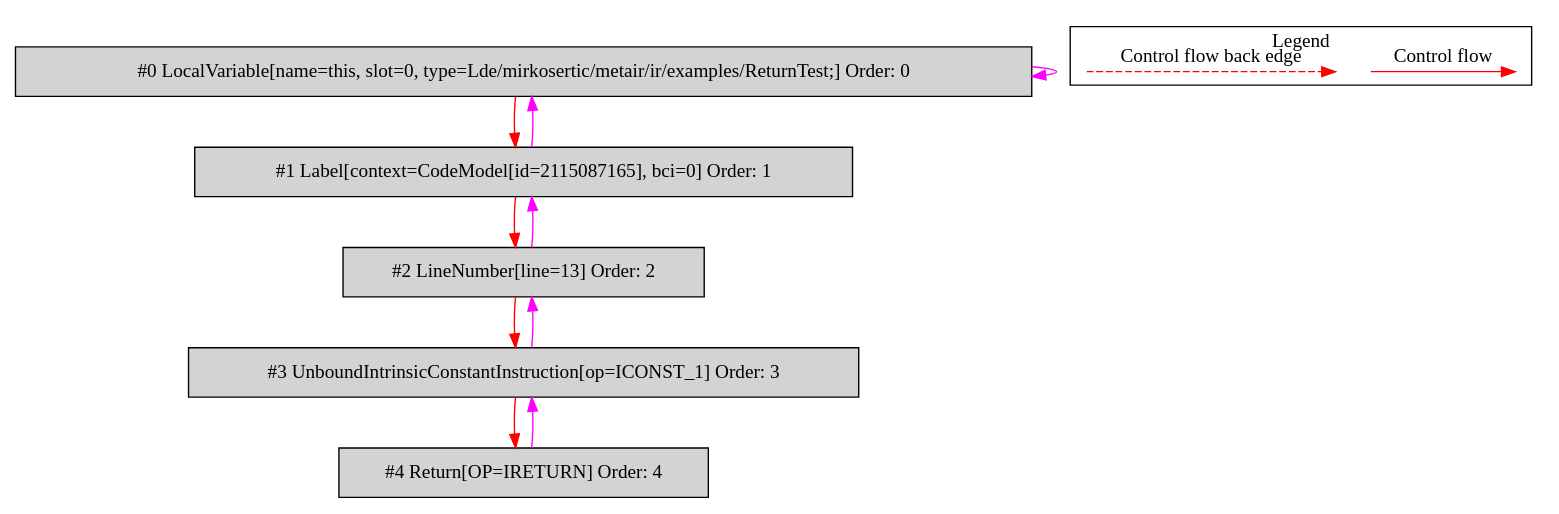
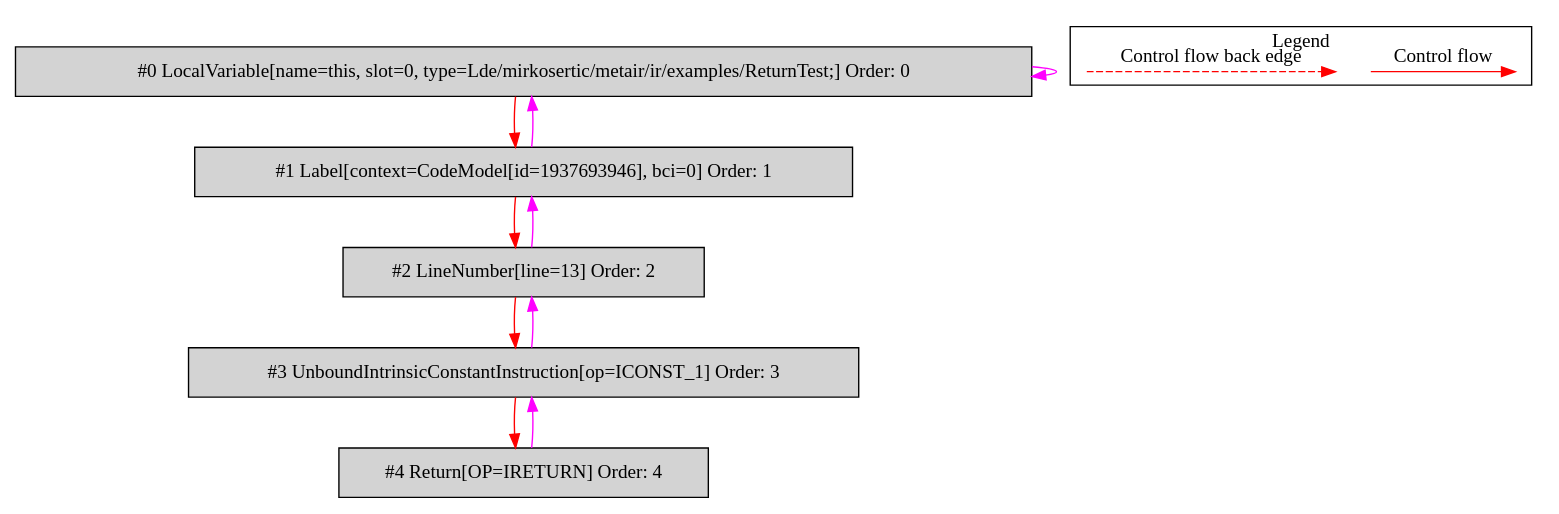
One commit to mirkosertic/MetaIR changed the diagram in de.mirkosertic.metair.ir.examples.ReturnTest/returnBoolean/bytecodecfg.dot. Above: the diagram before and after it, drawn with Graphviz. The commit also changed 465 other files, not shown here.

```diff
--- a/de.mirkosertic.metair.ir.examples.ReturnTest/returnBoolean/bytecodecfg.dot
+++ b/de.mirkosertic.metair.ir.examples.ReturnTest/returnBoolean/bytecodecfg.dot
@@ -1,31 +1,31 @@
 digraph {
  ordering="in";
  node0[label="#0 LocalVariable[name=this, slot=0, type=Lde/mirkosertic/metair/ir/examples/ReturnTest;] Order: 0", shape=box, fillcolor=lightgrey, style=filled];
- node1[label="#1 Label[context=CodeModel[id=2115087165], bci=0] Order: 1", shape=box, fillcolor=lightgrey, style=filled];
+ node1[label="#1 Label[context=CodeModel[id=1937693946], bci=0] Order: 1", shape=box, fillcolor=lightgrey, style=filled];
  node2[label="#2 LineNumber[line=13] Order: 2", shape=box, fillcolor=lightgrey, style=filled];
  node3[label="#3 UnboundIntrinsicConstantInstruction[op=ICONST_1] Order: 3", shape=box, fillcolor=lightgrey, style=filled];
  node4[label="#4 Return[OP=IRETURN] Order: 4", shape=box, fillcolor=lightgrey, style=filled];
  node0 -> node0[color=fuchsia];
  node0 -> node1[color=red];
  node1 -> node0[color=fuchsia];
  node1 -> node2[color=red];
  node2 -> node1[color=fuchsia];
  node2 -> node3[color=red];
  node3 -> node2[color=fuchsia];
  node3 -> node4[color=red];
  node4 -> node3[color=fuchsia];
  subgraph cluster_000 {
   label = "Legend";
   node [shape=point]
   {
    rank=same;
    c0 [style = invis];
    c1 [style = invis];
    c2 [style = invis];
    c3 [style = invis];
   }
   c0 -> c1 [label="Control flow", style=solid, color=red]
   c2 -> c3 [label="Control flow back edge", style=dashed, color=red]
  }
 
 }
```
